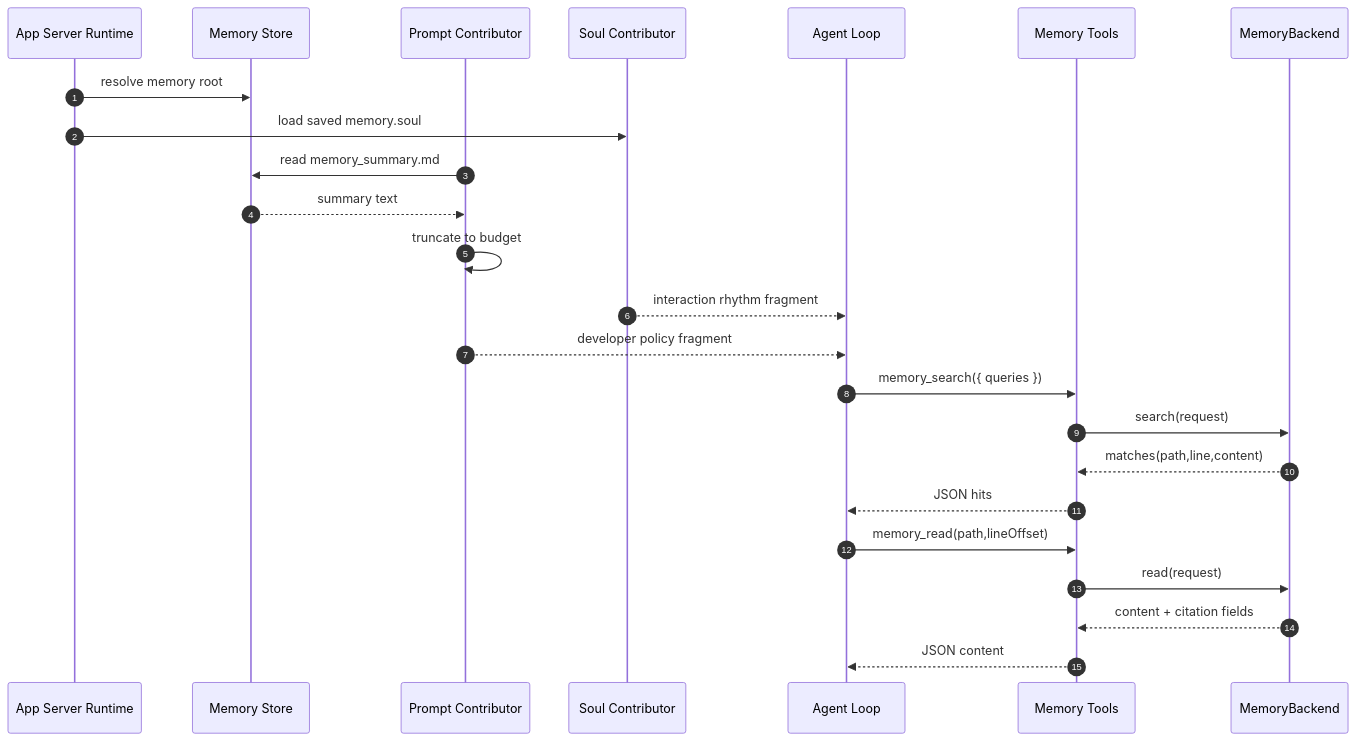
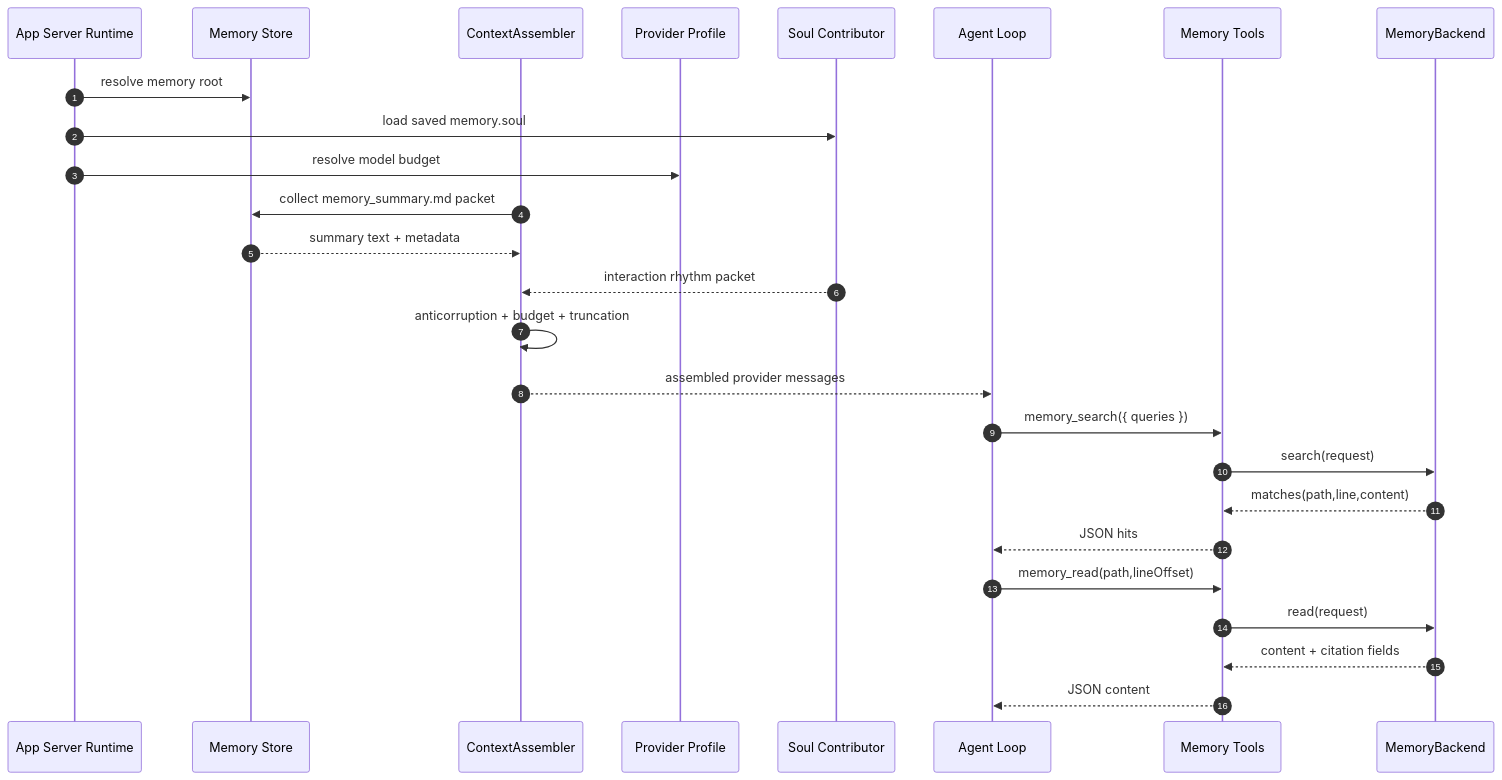
Before and after one commit to jiujuan/lime: the second of 10 diagrams in internal/roadmap/memory/diagrams.md, drawn with Mermaid. The commit also changed other lines of this file and 251 other files, not shown here.

````diff
--- a/internal/roadmap/memory/diagrams.md
+++ b/internal/roadmap/memory/diagrams.md
@@ -62,27 +85,29 @@
 ```mermaid
 sequenceDiagram
   autonumber
   participant Runtime as App Server Runtime
   participant Store as Memory Store
-  participant Prompt as Prompt Contributor
+  participant Context as ContextAssembler
+  participant Profile as Provider Profile
   participant Soul as Soul Contributor
   participant Agent as Agent Loop
   participant Tools as Memory Tools
   participant Backend as MemoryBackend
 
   Runtime->>Store: resolve memory root
   Runtime->>Soul: load saved memory.soul
-  Prompt->>Store: read memory_summary.md
-  Store-->>Prompt: summary text
-  Prompt->>Prompt: truncate to budget
-  Soul-->>Agent: interaction rhythm fragment
-  Prompt-->>Agent: developer policy fragment
+  Runtime->>Profile: resolve model budget
+  Context->>Store: collect memory_summary.md packet
+  Store-->>Context: summary text + metadata
+  Soul-->>Context: interaction rhythm packet
+  Context->>Context: anticorruption + budget + truncation
+  Context-->>Agent: assembled provider messages
   Agent->>Tools: memory_search({ queries })
   Tools->>Backend: search(request)
   Backend-->>Tools: matches(path,line,content)
   Tools-->>Agent: JSON hits
   Agent->>Tools: memory_read(path,lineOffset)
   Tools->>Backend: read(request)
   Backend-->>Tools: content + citation fields
   Tools-->>Agent: JSON content
 ```
````
